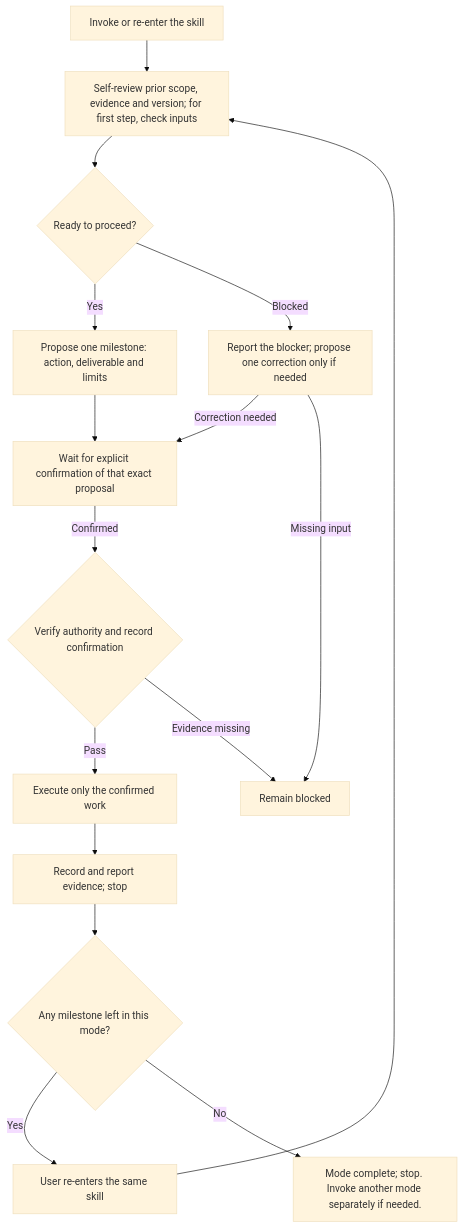
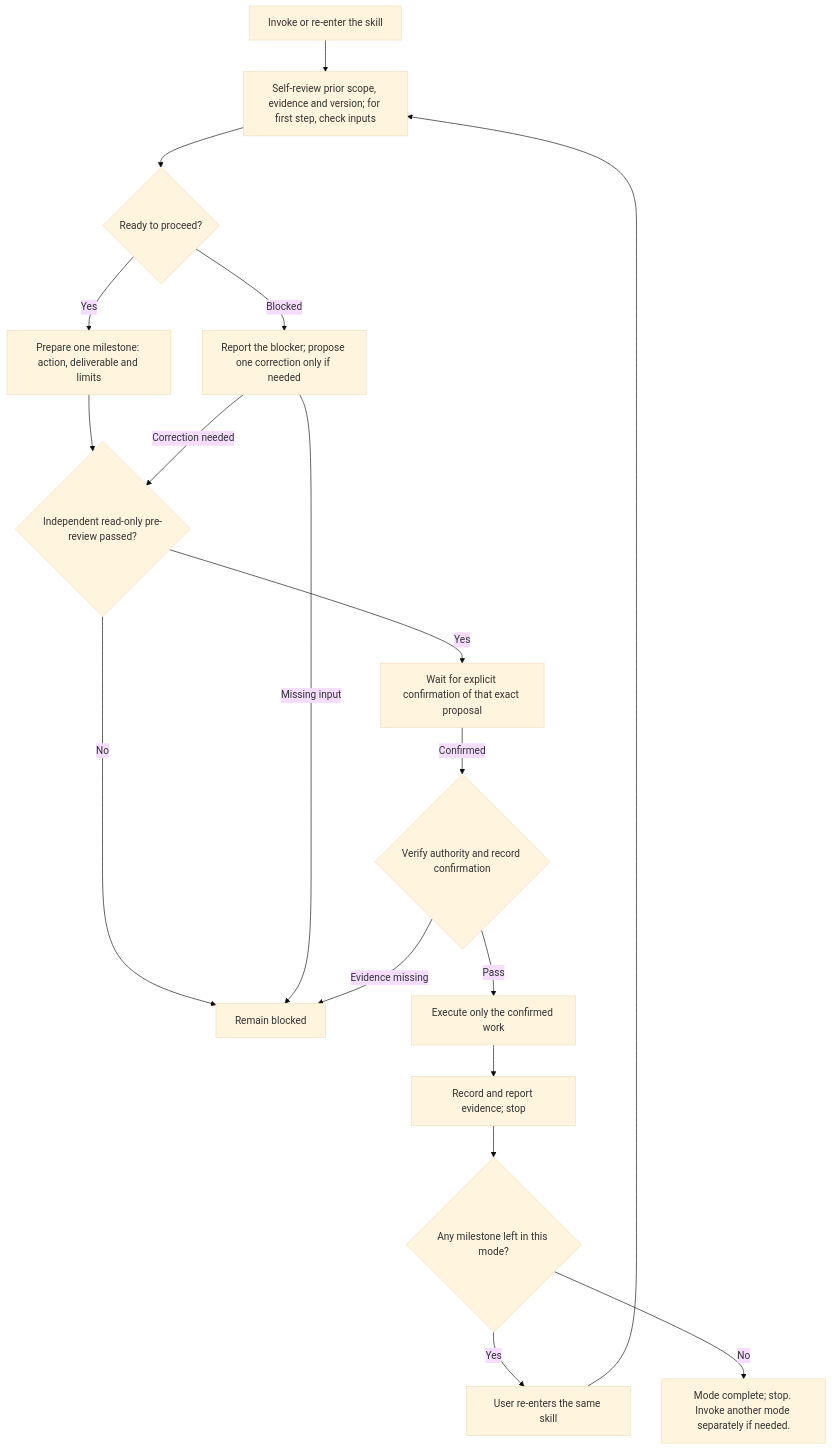
Before and after one commit to cl920401/lets-grunt: the diagram in README.md, drawn with Mermaid (base theme). The commit also changed other lines of this file and 13 other files, not shown here.

Commit message:
Define step confirmation, independent pre-review and actionable Plan handoffs

````diff
--- a/README.md
+++ b/README.md
@@ -25,18 +29,20 @@
 ```mermaid
 flowchart TD
     A["Invoke or re-enter the skill"] --> B["Self-review prior scope, evidence and version; for first step, check inputs"]
     B --> C{"Ready to proceed?"}
-    C -->|"Yes"| D["Propose one milestone: action, deliverable and limits"]
+    C -->|"Yes"| D["Prepare one milestone: action, deliverable and limits"]
     C -->|"Blocked"| E["Report the blocker; propose one correction only if needed"]
-    D --> F["Wait for explicit confirmation of that exact proposal"]
-    E -->|"Correction needed"| F
+    D --> R{"Independent read-only pre-review passed?"}
+    R -->|"No"| G
+    R -->|"Yes"| F["Wait for explicit confirmation of that exact proposal"]
+    E -->|"Correction needed"| R
     E -->|"Missing input"| G["Remain blocked"]
     F -->|"Confirmed"| K{"Verify authority and record confirmation"}
     K -->|"Pass"| H["Execute only the confirmed work"]
     K -->|"Evidence missing"| G
     H --> I["Record and report evidence; stop"]
     I --> L{"Any milestone left in this mode?"}
     L -->|"Yes"| J["User re-enters the same skill"]
     J --> B
     L -->|"No"| M["Mode complete; stop. Invoke another mode separately if needed."]
 ```
````
